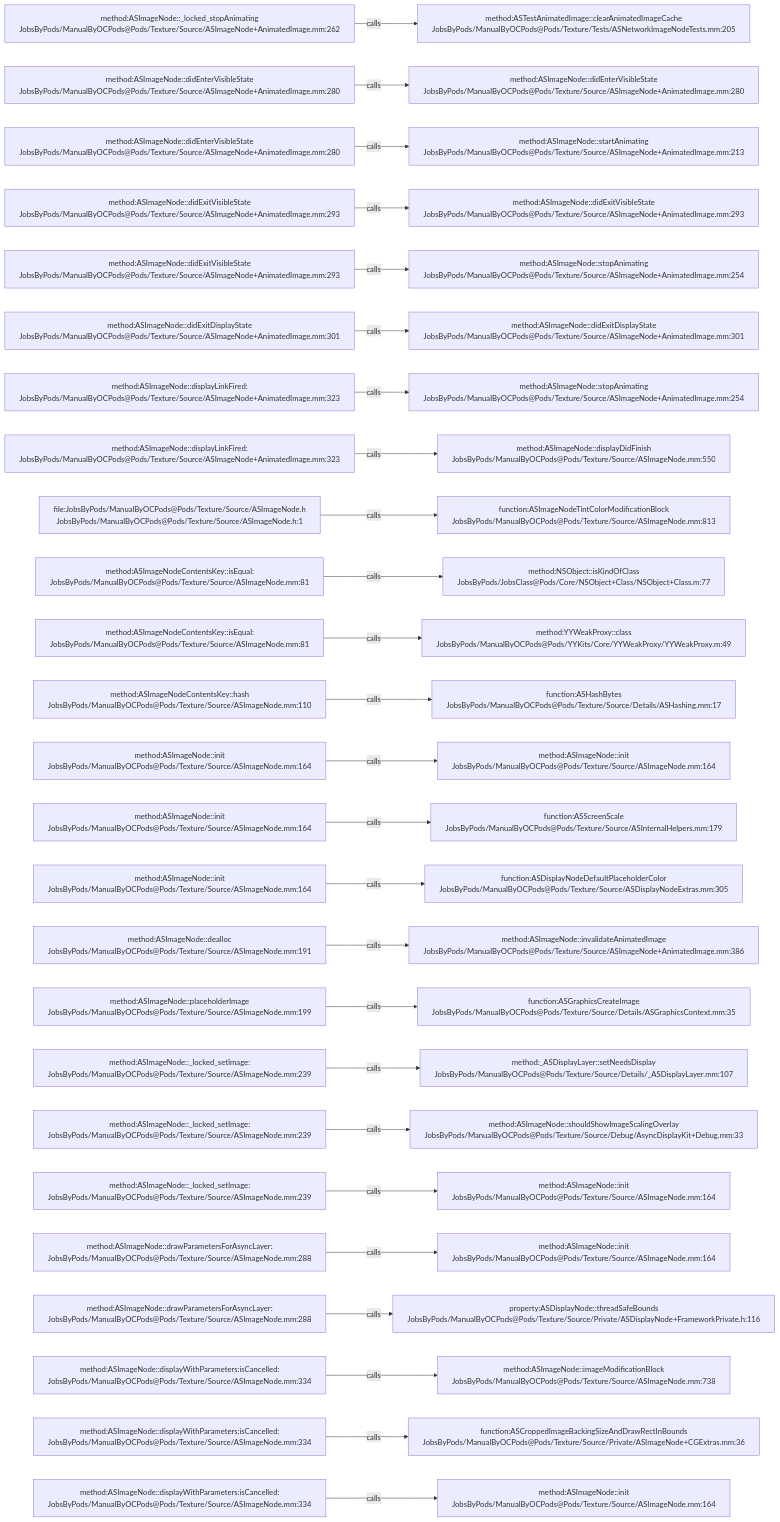
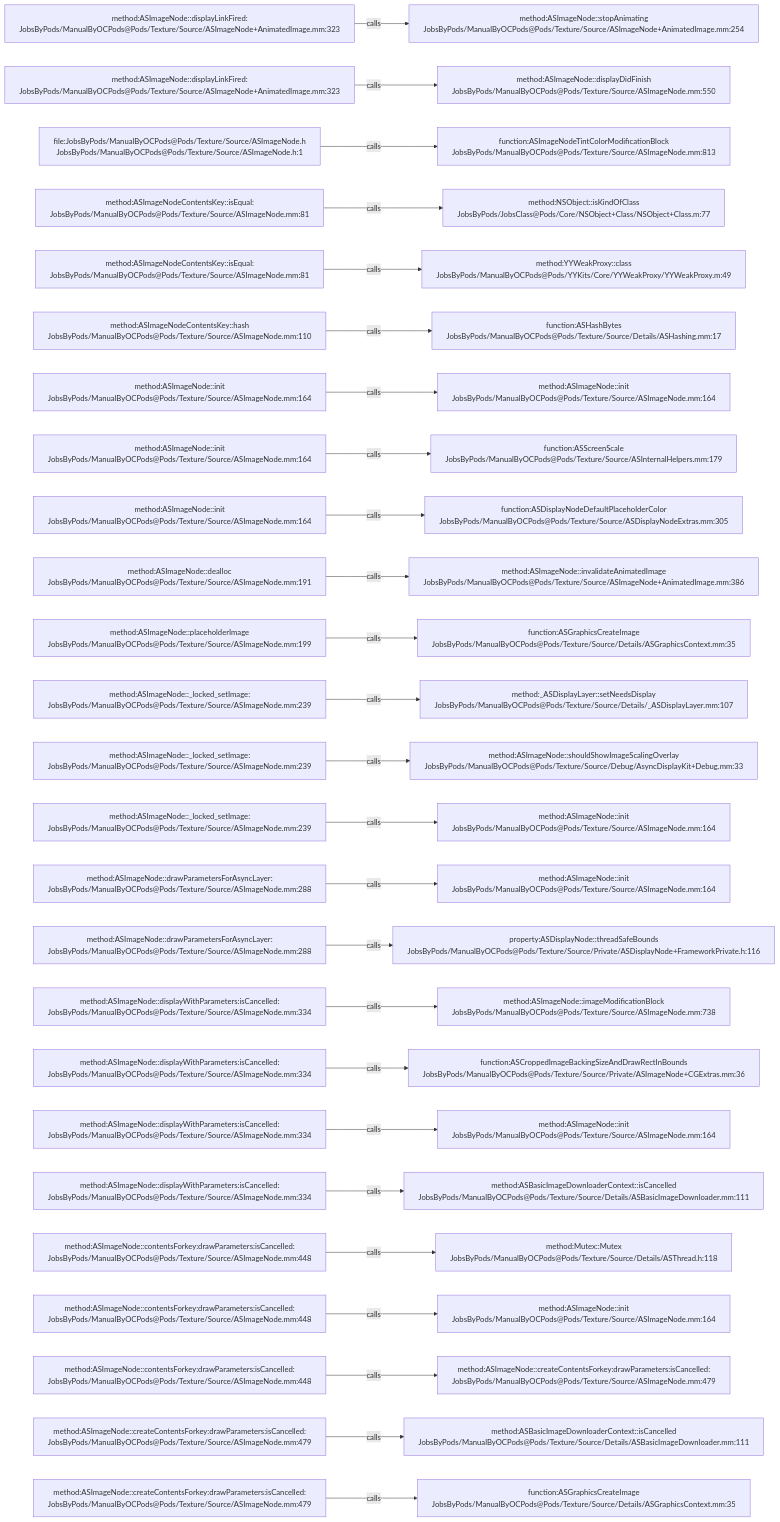
Before and after one commit to JobsKits/JobsOCBaseConfigDemo: the diagram in .codegraph/codegraph.md/graphs/calls-101.md, drawn with Mermaid. The commit also changed 666 other files, not shown here.

````diff
--- a/.codegraph/codegraph.md/graphs/calls-101.md
+++ b/.codegraph/codegraph.md/graphs/calls-101.md
@@ -13,78 +13,78 @@
 ```mermaid
 flowchart LR
-  S1["method:ASImageNode::_locked_stopAnimating<br/>JobsByPods/ManualByOCPods@Pods/Texture/Source/ASImageNode+AnimatedImage.mm:262"]
-  T1["method:ASTestAnimatedImage::clearAnimatedImageCache<br/>JobsByPods/ManualByOCPods@Pods/Texture/Tests/ASNetworkImageNodeTests.mm:205"]
+  S1["method:ASImageNode::displayLinkFired:<br/>JobsByPods/ManualByOCPods@Pods/Texture/Source/ASImageNode+AnimatedImage.mm:323"]
+  T1["method:ASImageNode::stopAnimating<br/>JobsByPods/ManualByOCPods@Pods/Texture/Source/ASImageNode+AnimatedImage.mm:254"]
   S1 -->|calls| T1
-  S2["method:ASImageNode::didEnterVisibleState<br/>JobsByPods/ManualByOCPods@Pods/Texture/Source/ASImageNode+AnimatedImage.mm:280"]
-  T2["method:ASImageNode::didEnterVisibleState<br/>JobsByPods/ManualByOCPods@Pods/Texture/Source/ASImageNode+AnimatedImage.mm:280"]
+  S2["method:ASImageNode::displayLinkFired:<br/>JobsByPods/ManualByOCPods@Pods/Texture/Source/ASImageNode+AnimatedImage.mm:323"]
+  T2["method:ASImageNode::displayDidFinish<br/>JobsByPods/ManualByOCPods@Pods/Texture/Source/ASImageNode.mm:550"]
   S2 -->|calls| T2
-  S3["method:ASImageNode::didEnterVisibleState<br/>JobsByPods/ManualByOCPods@Pods/Texture/Source/ASImageNode+AnimatedImage.mm:280"]
-  T3["method:ASImageNode::startAnimating<br/>JobsByPods/ManualByOCPods@Pods/Texture/Source/ASImageNode+AnimatedImage.mm:213"]
+  S3["file:JobsByPods/ManualByOCPods@Pods/Texture/Source/ASImageNode.h<br/>JobsByPods/ManualByOCPods@Pods/Texture/Source/ASImageNode.h:1"]
+  T3["function:ASImageNodeTintColorModificationBlock<br/>JobsByPods/ManualByOCPods@Pods/Texture/Source/ASImageNode.mm:813"]
   S3 -->|calls| T3
-  S4["method:ASImageNode::didExitVisibleState<br/>JobsByPods/ManualByOCPods@Pods/Texture/Source/ASImageNode+AnimatedImage.mm:293"]
-  T4["method:ASImageNode::didExitVisibleState<br/>JobsByPods/ManualByOCPods@Pods/Texture/Source/ASImageNode+AnimatedImage.mm:293"]
+  S4["method:ASImageNodeContentsKey::isEqual:<br/>JobsByPods/ManualByOCPods@Pods/Texture/Source/ASImageNode.mm:81"]
+  T4["method:NSObject::isKindOfClass<br/>JobsByPods/JobsClass@Pods/Core/NSObject+Class/NSObject+Class.m:77"]
   S4 -->|calls| T4
-  S5["method:ASImageNode::didExitVisibleState<br/>JobsByPods/ManualByOCPods@Pods/Texture/Source/ASImageNode+AnimatedImage.mm:293"]
-  T5["method:ASImageNode::stopAnimating<br/>JobsByPods/ManualByOCPods@Pods/Texture/Source/ASImageNode+AnimatedImage.mm:254"]
+  S5["method:ASImageNodeContentsKey::isEqual:<br/>JobsByPods/ManualByOCPods@Pods/Texture/Source/ASImageNode.mm:81"]
+  T5["method:YYWeakProxy::class<br/>JobsByPods/ManualByOCPods@Pods/YYKits/Core/YYWeakProxy/YYWeakProxy.m:49"]
   S5 -->|calls| T5
-  S6["method:ASImageNode::didExitDisplayState<br/>JobsByPods/ManualByOCPods@Pods/Texture/Source/ASImageNode+AnimatedImage.mm:301"]
-  T6["method:ASImageNode::didExitDisplayState<br/>JobsByPods/ManualByOCPods@Pods/Texture/Source/ASImageNode+AnimatedImage.mm:301"]
+  S6["method:ASImageNodeContentsKey::hash<br/>JobsByPods/ManualByOCPods@Pods/Texture/Source/ASImageNode.mm:110"]
+  T6["function:ASHashBytes<br/>JobsByPods/ManualByOCPods@Pods/Texture/Source/Details/ASHashing.mm:17"]
   S6 -->|calls| T6
-  S7["method:ASImageNode::displayLinkFired:<br/>JobsByPods/ManualByOCPods@Pods/Texture/Source/ASImageNode+AnimatedImage.mm:323"]
-  T7["method:ASImageNode::stopAnimating<br/>JobsByPods/ManualByOCPods@Pods/Texture/Source/ASImageNode+AnimatedImage.mm:254"]
+  S7["method:ASImageNode::init<br/>JobsByPods/ManualByOCPods@Pods/Texture/Source/ASImageNode.mm:164"]
+  T7["method:ASImageNode::init<br/>JobsByPods/ManualByOCPods@Pods/Texture/Source/ASImageNode.mm:164"]
   S7 -->|calls| T7
-  S8["method:ASImageNode::displayLinkFired:<br/>JobsByPods/ManualByOCPods@Pods/Texture/Source/ASImageNode+AnimatedImage.mm:323"]
-  T8["method:ASImageNode::displayDidFinish<br/>JobsByPods/ManualByOCPods@Pods/Texture/Source/ASImageNode.mm:550"]
+  S8["method:ASImageNode::init<br/>JobsByPods/ManualByOCPods@Pods/Texture/Source/ASImageNode.mm:164"]
+  T8["function:ASScreenScale<br/>JobsByPods/ManualByOCPods@Pods/Texture/Source/ASInternalHelpers.mm:179"]
   S8 -->|calls| T8
-  S9["file:JobsByPods/ManualByOCPods@Pods/Texture/Source/ASImageNode.h<br/>JobsByPods/ManualByOCPods@Pods/Texture/Source/ASImageNode.h:1"]
-  T9["function:ASImageNodeTintColorModificationBlock<br/>JobsByPods/ManualByOCPods@Pods/Texture/Source/ASImageNode.mm:813"]
+  S9["method:ASImageNode::init<br/>JobsByPods/ManualByOCPods@Pods/Texture/Source/ASImageNode.mm:164"]
+  T9["function:ASDisplayNodeDefaultPlaceholderColor<br/>JobsByPods/ManualByOCPods@Pods/Texture/Source/ASDisplayNodeExtras.mm:305"]
   S9 -->|calls| T9
-  S10["method:ASImageNodeContentsKey::isEqual:<br/>JobsByPods/ManualByOCPods@Pods/Texture/Source/ASImageNode.mm:81"]
-  T10["method:NSObject::isKindOfClass<br/>JobsByPods/JobsClass@Pods/Core/NSObject+Class/NSObject+Class.m:77"]
+  S10["method:ASImageNode::dealloc<br/>JobsByPods/ManualByOCPods@Pods/Texture/Source/ASImageNode.mm:191"]
+  T10["method:ASImageNode::invalidateAnimatedImage<br/>JobsByPods/ManualByOCPods@Pods/Texture/Source/ASImageNode+AnimatedImage.mm:386"]
   S10 -->|calls| T10
-  S11["method:ASImageNodeContentsKey::isEqual:<br/>JobsByPods/ManualByOCPods@Pods/Texture/Source/ASImageNode.mm:81"]
-  T11["method:YYWeakProxy::class<br/>JobsByPods/ManualByOCPods@Pods/YYKits/Core/YYWeakProxy/YYWeakProxy.m:49"]
+  S11["method:ASImageNode::placeholderImage<br/>JobsByPods/ManualByOCPods@Pods/Texture/Source/ASImageNode.mm:199"]
+  T11["function:ASGraphicsCreateImage<br/>JobsByPods/ManualByOCPods@Pods/Texture/Source/Details/ASGraphicsContext.mm:35"]
   S11 -->|calls| T11
-  S12["method:ASImageNodeContentsKey::hash<br/>JobsByPods/ManualByOCPods@Pods/Texture/Source/ASImageNode.mm:110"]
-  T12["function:ASHashBytes<br/>JobsByPods/ManualByOCPods@Pods/Texture/Source/Details/ASHashing.mm:17"]
+  S12["method:ASImageNode::_locked_setImage:<br/>JobsByPods/ManualByOCPods@Pods/Texture/Source/ASImageNode.mm:239"]
+  T12["method:_ASDisplayLayer::setNeedsDisplay<br/>JobsByPods/ManualByOCPods@Pods/Texture/Source/Details/_ASDisplayLayer.mm:107"]
   S12 -->|calls| T12
-  S13["method:ASImageNode::init<br/>JobsByPods/ManualByOCPods@Pods/Texture/Source/ASImageNode.mm:164"]
-  T13["method:ASImageNode::init<br/>JobsByPods/ManualByOCPods@Pods/Texture/Source/ASImageNode.mm:164"]
+  S13["method:ASImageNode::_locked_setImage:<br/>JobsByPods/ManualByOCPods@Pods/Texture/Source/ASImageNode.mm:239"]
+  T13["method:ASImageNode::shouldShowImageScalingOverlay<br/>JobsByPods/ManualByOCPods@Pods/Texture/Source/Debug/AsyncDisplayKit+Debug.mm:33"]
   S13 -->|calls| T13
-  S14["method:ASImageNode::init<br/>JobsByPods/ManualByOCPods@Pods/Texture/Source/ASImageNode.mm:164"]
-  T14["function:ASScreenScale<br/>JobsByPods/ManualByOCPods@Pods/Texture/Source/ASInternalHelpers.mm:179"]
+  S14["method:ASImageNode::_locked_setImage:<br/>JobsByPods/ManualByOCPods@Pods/Texture/Source/ASImageNode.mm:239"]
+  T14["method:ASImageNode::init<br/>JobsByPods/ManualByOCPods@Pods/Texture/Source/ASImageNode.mm:164"]
   S14 -->|calls| T14
-  S15["method:ASImageNode::init<br/>JobsByPods/ManualByOCPods@Pods/Texture/Source/ASImageNode.mm:164"]
-  T15["function:ASDisplayNodeDefaultPlaceholderColor<br/>JobsByPods/ManualByOCPods@Pods/Texture/Source/ASDisplayNodeExtras.mm:305"]
+  S15["method:ASImageNode::drawParametersForAsyncLayer:<br/>JobsByPods/ManualByOCPods@Pods/Texture/Source/ASImageNode.mm:288"]
+  T15["method:ASImageNode::init<br/>JobsByPods/ManualByOCPods@Pods/Texture/Source/ASImageNode.mm:164"]
   S15 -->|calls| T15
-  S16["method:ASImageNode::dealloc<br/>JobsByPods/ManualByOCPods@Pods/Texture/Source/ASImageNode.mm:191"]
-  T16["method:ASImageNode::invalidateAnimatedImage<br/>JobsByPods/ManualByOCPods@Pods/Texture/Source/ASImageNode+AnimatedImage.mm:386"]
+  S16["method:ASImageNode::drawParametersForAsyncLayer:<br/>JobsByPods/ManualByOCPods@Pods/Texture/Source/ASImageNode.mm:288"]
+  T16["property:ASDisplayNode::threadSafeBounds<br/>JobsByPods/ManualByOCPods@Pods/Texture/Source/Private/ASDisplayNode+FrameworkPrivate.h:116"]
   S16 -->|calls| T16
-  S17["method:ASImageNode::placeholderImage<br/>JobsByPods/ManualByOCPods@Pods/Texture/Source/ASImageNode.mm:199"]
-  T17["function:ASGraphicsCreateImage<br/>JobsByPods/ManualByOCPods@Pods/Texture/Source/Details/ASGraphicsContext.mm:35"]
+  S17["method:ASImageNode::displayWithParameters:isCancelled:<br/>JobsByPods/ManualByOCPods@Pods/Texture/Source/ASImageNode.mm:334"]
+  T17["method:ASImageNode::imageModificationBlock<br/>JobsByPods/ManualByOCPods@Pods/Texture/Source/ASImageNode.mm:738"]
   S17 -->|calls| T17
-  S18["method:ASImageNode::_locked_setImage:<br/>JobsByPods/ManualByOCPods@Pods/Texture/Source/ASImageNode.mm:239"]
-  T18["method:_ASDisplayLayer::setNeedsDisplay<br/>JobsByPods/ManualByOCPods@Pods/Texture/Source/Details/_ASDisplayLayer.mm:107"]
+  S18["method:ASImageNode::displayWithParameters:isCancelled:<br/>JobsByPods/ManualByOCPods@Pods/Texture/Source/ASImageNode.mm:334"]
+  T18["function:ASCroppedImageBackingSizeAndDrawRectInBounds<br/>JobsByPods/ManualByOCPods@Pods/Texture/Source/Private/ASImageNode+CGExtras.mm:36"]
   S18 -->|calls| T18
-  S19["method:ASImageNode::_locked_setImage:<br/>JobsByPods/ManualByOCPods@Pods/Texture/Source/ASImageNode.mm:239"]
-  T19["method:ASImageNode::shouldShowImageScalingOverlay<br/>JobsByPods/ManualByOCPods@Pods/Texture/Source/Debug/AsyncDisplayKit+Debug.mm:33"]
+  S19["method:ASImageNode::displayWithParameters:isCancelled:<br/>JobsByPods/ManualByOCPods@Pods/Texture/Source/ASImageNode.mm:334"]
+  T19["method:ASImageNode::init<br/>JobsByPods/ManualByOCPods@Pods/Texture/Source/ASImageNode.mm:164"]
   S19 -->|calls| T19
-  S20["method:ASImageNode::_locked_setImage:<br/>JobsByPods/ManualByOCPods@Pods/Texture/Source/ASImageNode.mm:239"]
-  T20["method:ASImageNode::init<br/>JobsByPods/ManualByOCPods@Pods/Texture/Source/ASImageNode.mm:164"]
+  S20["method:ASImageNode::displayWithParameters:isCancelled:<br/>JobsByPods/ManualByOCPods@Pods/Texture/Source/ASImageNode.mm:334"]
+  T20["method:ASBasicImageDownloaderContext::isCancelled<br/>JobsByPods/ManualByOCPods@Pods/Texture/Source/Details/ASBasicImageDownloader.mm:111"]
   S20 -->|calls| T20
-  S21["method:ASImageNode::drawParametersForAsyncLayer:<br/>JobsByPods/ManualByOCPods@Pods/Texture/Source/ASImageNode.mm:288"]
-  T21["method:ASImageNode::init<br/>JobsByPods/ManualByOCPods@Pods/Texture/Source/ASImageNode.mm:164"]
+  S21["method:ASImageNode::contentsForkey:drawParameters:isCancelled:<br/>JobsByPods/ManualByOCPods@Pods/Texture/Source/ASImageNode.mm:448"]
+  T21["method:Mutex::Mutex<br/>JobsByPods/ManualByOCPods@Pods/Texture/Source/Details/ASThread.h:118"]
   S21 -->|calls| T21
-  S22["method:ASImageNode::drawParametersForAsyncLayer:<br/>JobsByPods/ManualByOCPods@Pods/Texture/Source/ASImageNode.mm:288"]
-  T22["property:ASDisplayNode::threadSafeBounds<br/>JobsByPods/ManualByOCPods@Pods/Texture/Source/Private/ASDisplayNode+FrameworkPrivate.h:116"]
+  S22["method:ASImageNode::contentsForkey:drawParameters:isCancelled:<br/>JobsByPods/ManualByOCPods@Pods/Texture/Source/ASImageNode.mm:448"]
+  T22["method:ASImageNode::init<br/>JobsByPods/ManualByOCPods@Pods/Texture/Source/ASImageNode.mm:164"]
   S22 -->|calls| T22
-  S23["method:ASImageNode::displayWithParameters:isCancelled:<br/>JobsByPods/ManualByOCPods@Pods/Texture/Source/ASImageNode.mm:334"]
-  T23["method:ASImageNode::imageModificationBlock<br/>JobsByPods/ManualByOCPods@Pods/Texture/Source/ASImageNode.mm:738"]
+  S23["method:ASImageNode::contentsForkey:drawParameters:isCancelled:<br/>JobsByPods/ManualByOCPods@Pods/Texture/Source/ASImageNode.mm:448"]
+  T23["method:ASImageNode::createContentsForkey:drawParameters:isCancelled:<br/>JobsByPods/ManualByOCPods@Pods/Texture/Source/ASImageNode.mm:479"]
   S23 -->|calls| T23
-  S24["method:ASImageNode::displayWithParameters:isCancelled:<br/>JobsByPods/ManualByOCPods@Pods/Texture/Source/ASImageNode.mm:334"]
-  T24["function:ASCroppedImageBackingSizeAndDrawRectInBounds<br/>JobsByPods/ManualByOCPods@Pods/Texture/Source/Private/ASImageNode+CGExtras.mm:36"]
+  S24["method:ASImageNode::createContentsForkey:drawParameters:isCancelled:<br/>JobsByPods/ManualByOCPods@Pods/Texture/Source/ASImageNode.mm:479"]
+  T24["method:ASBasicImageDownloaderContext::isCancelled<br/>JobsByPods/ManualByOCPods@Pods/Texture/Source/Details/ASBasicImageDownloader.mm:111"]
   S24 -->|calls| T24
-  S25["method:ASImageNode::displayWithParameters:isCancelled:<br/>JobsByPods/ManualByOCPods@Pods/Texture/Source/ASImageNode.mm:334"]
-  T25["method:ASImageNode::init<br/>JobsByPods/ManualByOCPods@Pods/Texture/Source/ASImageNode.mm:164"]
+  S25["method:ASImageNode::createContentsForkey:drawParameters:isCancelled:<br/>JobsByPods/ManualByOCPods@Pods/Texture/Source/ASImageNode.mm:479"]
+  T25["function:ASGraphicsCreateImage<br/>JobsByPods/ManualByOCPods@Pods/Texture/Source/Details/ASGraphicsContext.mm:35"]
   S25 -->|calls| T25
 ```
````
